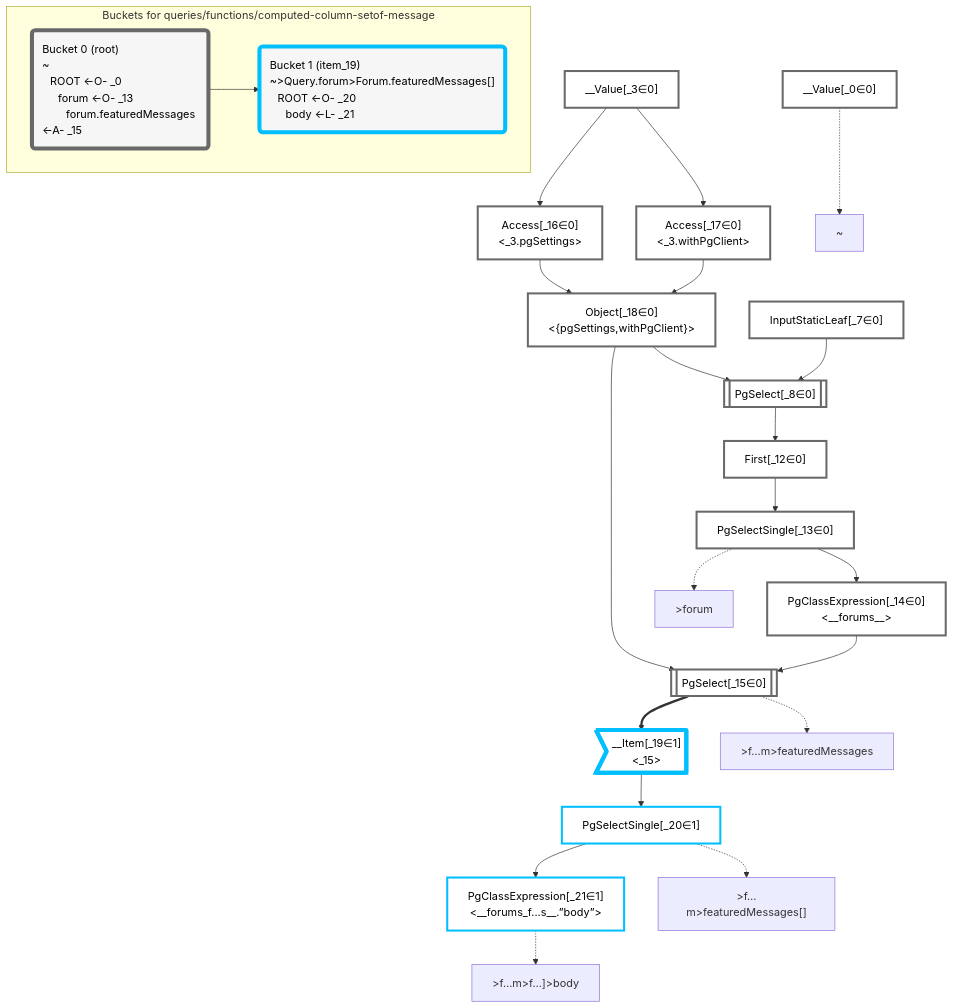
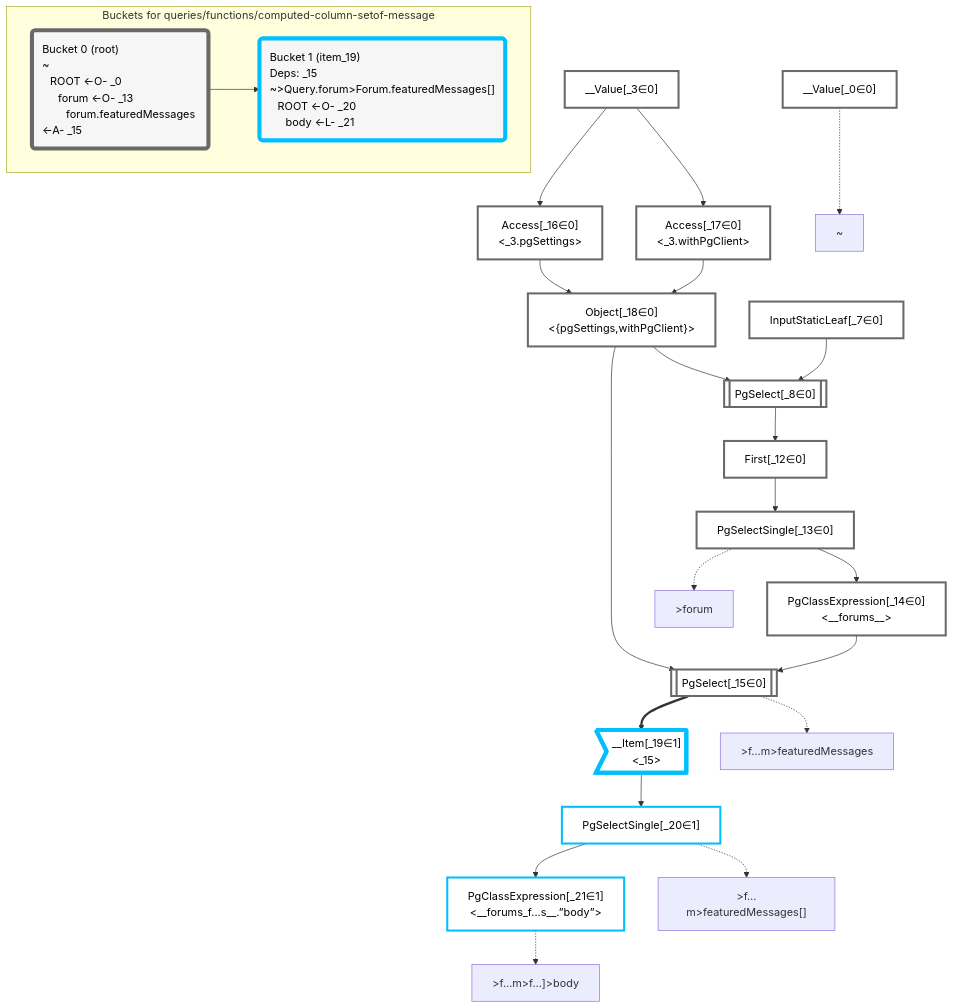
Before and after one commit to graphile/crystal: the diagram in packages/dataplan-pg/__tests__/queries/functions/computed-column-setof-message.deopt.mermaid.md, drawn with Mermaid. The commit also changed 157 other files, not shown here.

Commit message:
Add deps to all query snapshots

````diff
--- a/packages/dataplan-pg/__tests__/queries/functions/computed-column-setof-message.deopt.mermaid.md
+++ b/packages/dataplan-pg/__tests__/queries/functions/computed-column-setof-message.deopt.mermaid.md
@@ -1,67 +1,67 @@
 ```mermaid
 graph TD
     classDef path fill:#eee,stroke:#000,color:#000
     classDef plan fill:#fff,stroke-width:3px,color:#000
     classDef itemplan fill:#fff,stroke-width:6px,color:#000
     classDef sideeffectplan fill:#f00,stroke-width:6px,color:#000
     classDef bucket fill:#f6f6f6,color:#000,stroke-width:6px,text-align:left
 
 
     %% define plans
     __Value_0["__Value[_0∈0]"]:::plan
     __Value_3["__Value[_3∈0]<br /><context>"]:::plan
     InputStaticLeaf_7["InputStaticLeaf[_7∈0]"]:::plan
     PgSelect_8[["PgSelect[_8∈0]<br /><forums>"]]:::plan
     First_12["First[_12∈0]"]:::plan
     PgSelectSingle_13["PgSelectSingle[_13∈0]<br /><forums>"]:::plan
     PgClassExpression_14["PgClassExpression[_14∈0]<br /><__forums__>"]:::plan
     PgSelect_15[["PgSelect[_15∈0]<br /><forums_featured_messages>"]]:::plan
     Access_16["Access[_16∈0]<br /><_3.pgSettings>"]:::plan
     Access_17["Access[_17∈0]<br /><_3.withPgClient>"]:::plan
     Object_18["Object[_18∈0]<br /><{pgSettings,withPgClient}>"]:::plan
     __Item_19>"__Item[_19∈1]<br /><_15>"]:::itemplan
     PgSelectSingle_20["PgSelectSingle[_20∈1]<br /><forums_featured_messages>"]:::plan
     PgClassExpression_21["PgClassExpression[_21∈1]<br /><__forums_f...s__.”body”>"]:::plan
 
     %% plan dependencies
     Object_18 --> PgSelect_8
     InputStaticLeaf_7 --> PgSelect_8
     PgSelect_8 --> First_12
     First_12 --> PgSelectSingle_13
     PgSelectSingle_13 --> PgClassExpression_14
     Object_18 --> PgSelect_15
     PgClassExpression_14 --> PgSelect_15
     __Value_3 --> Access_16
     __Value_3 --> Access_17
     Access_16 --> Object_18
     Access_17 --> Object_18
     PgSelect_15 ==> __Item_19
     __Item_19 --> PgSelectSingle_20
     PgSelectSingle_20 --> PgClassExpression_21
 
     %% plan-to-path relationships
     P_0["~"]
     __Value_0 -.-> P_0
     P_13[">forum"]
     PgSelectSingle_13 -.-> P_13
     P_15[">f…m>featuredMessages"]
     PgSelect_15 -.-> P_15
     P_20[">f…m>featuredMessages[]"]
     PgSelectSingle_20 -.-> P_20
     P_21[">f…m>f…]>body"]
     PgClassExpression_21 -.-> P_21
 
     %% allocate buckets
     classDef bucket0 stroke:#696969
     class __Value_0,__Value_3,InputStaticLeaf_7,PgSelect_8,First_12,PgSelectSingle_13,PgClassExpression_14,PgSelect_15,Access_16,Access_17,Object_18 bucket0
     classDef bucket1 stroke:#00bfff
     class __Item_19,PgSelectSingle_20,PgClassExpression_21 bucket1
 
     subgraph "Buckets for queries/functions/computed-column-setof-message"
     Bucket0("Bucket 0 (root)<br />~<br />⠀ROOT <-O- _0<br />⠀⠀forum <-O- _13<br />⠀⠀⠀forum.featuredMessages <-A- _15"):::bucket
     style Bucket0 stroke:#696969
-    Bucket1("Bucket 1 (item_19)<br />~>Query.forum>Forum.featuredMessages[]<br />⠀ROOT <-O- _20<br />⠀⠀body <-L- _21"):::bucket
+    Bucket1("Bucket 1 (item_19)<br />Deps: _15<br />~>Query.forum>Forum.featuredMessages[]<br />⠀ROOT <-O- _20<br />⠀⠀body <-L- _21"):::bucket
     style Bucket1 stroke:#00bfff
     Bucket0 --> Bucket1
     end
 ```
````
